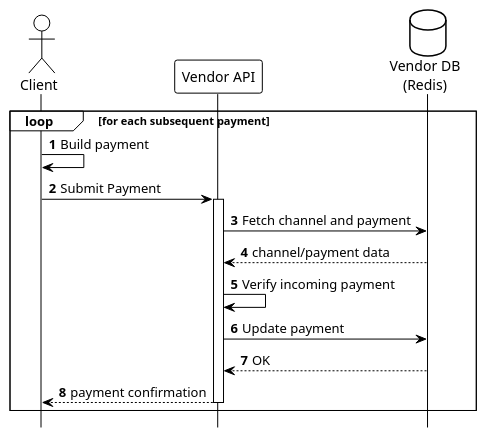
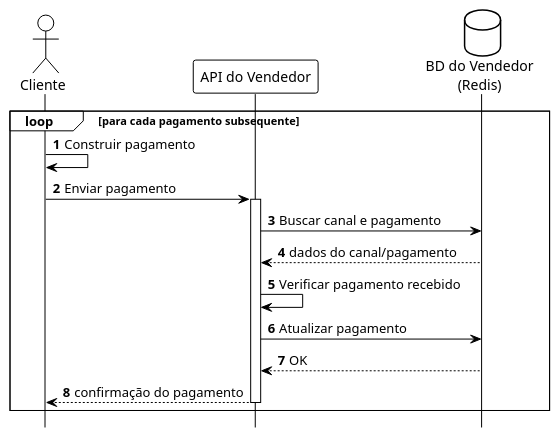
Before and after one commit to otaviootavio/nanomoni: the diagram in umls/phase2b-subsequent-payments.puml, drawn with PlantUML. The commit also changed 161 other files, not shown here.

```diff
--- a/umls/phase2b-subsequent-payments.puml
+++ b/umls/phase2b-subsequent-payments.puml
@@ -1,32 +1,32 @@
 @startuml Phase2b_Subsequent_Payments
 
 !theme plain
 autonumber
 
 hide footbox
 
-actor "Client" as Client
-participant "Vendor API" as Vendor
-database "Vendor DB\n(Redis)" as VendorDB
+actor "Cliente" as Client
+participant "API do Vendedor" as Vendor
+database "BD do Vendedor\n(Redis)" as VendorDB
 
-loop for each subsequent payment
+loop para cada pagamento subsequente
 
-    Client -> Client: Build payment
+    Client -> Client: Construir pagamento
 
-    Client -> Vendor: Submit Payment
+    Client -> Vendor: Enviar pagamento
     activate Vendor
 
-    Vendor -> VendorDB: Fetch channel and payment
-    VendorDB --> Vendor: channel/payment data
+    Vendor -> VendorDB: Buscar canal e pagamento
+    VendorDB --> Vendor: dados do canal/pagamento
 
-    Vendor -> Vendor: Verify incoming payment
+    Vendor -> Vendor: Verificar pagamento recebido
 
-    Vendor -> VendorDB: Update payment
+    Vendor -> VendorDB: Atualizar pagamento
     VendorDB --> Vendor: OK
     
-    Vendor --> Client: payment confirmation
+    Vendor --> Client: confirmação do pagamento
     deactivate Vendor
 
 end
 
 @enduml
```
